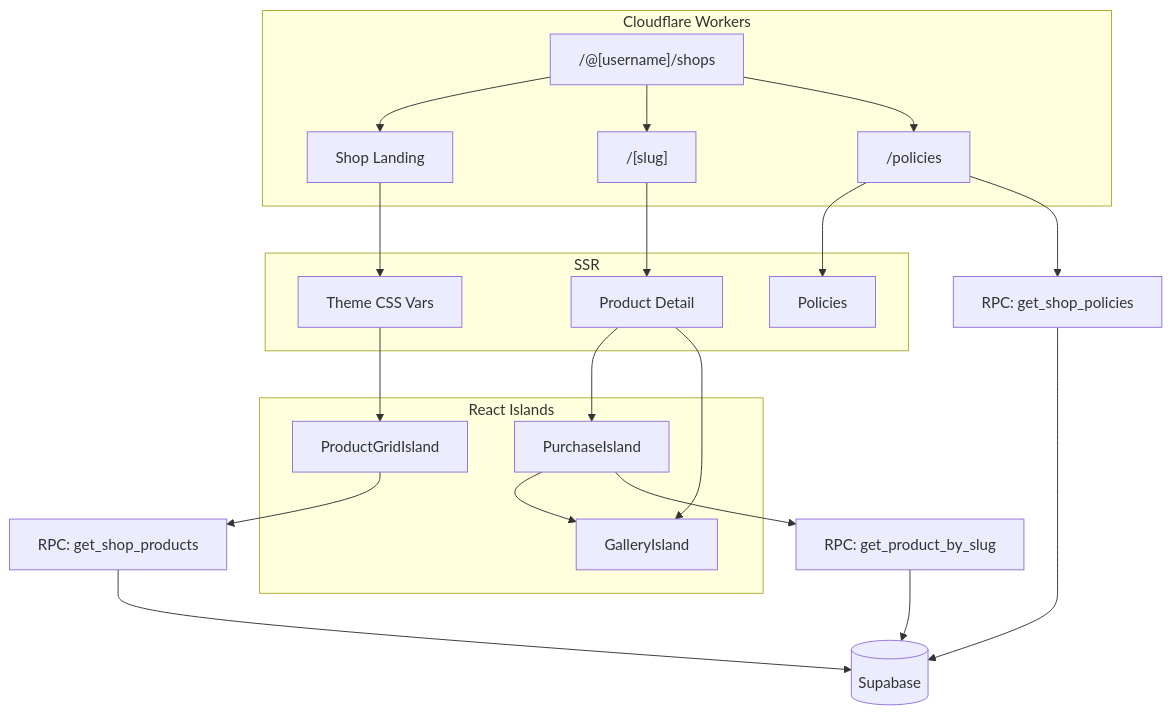
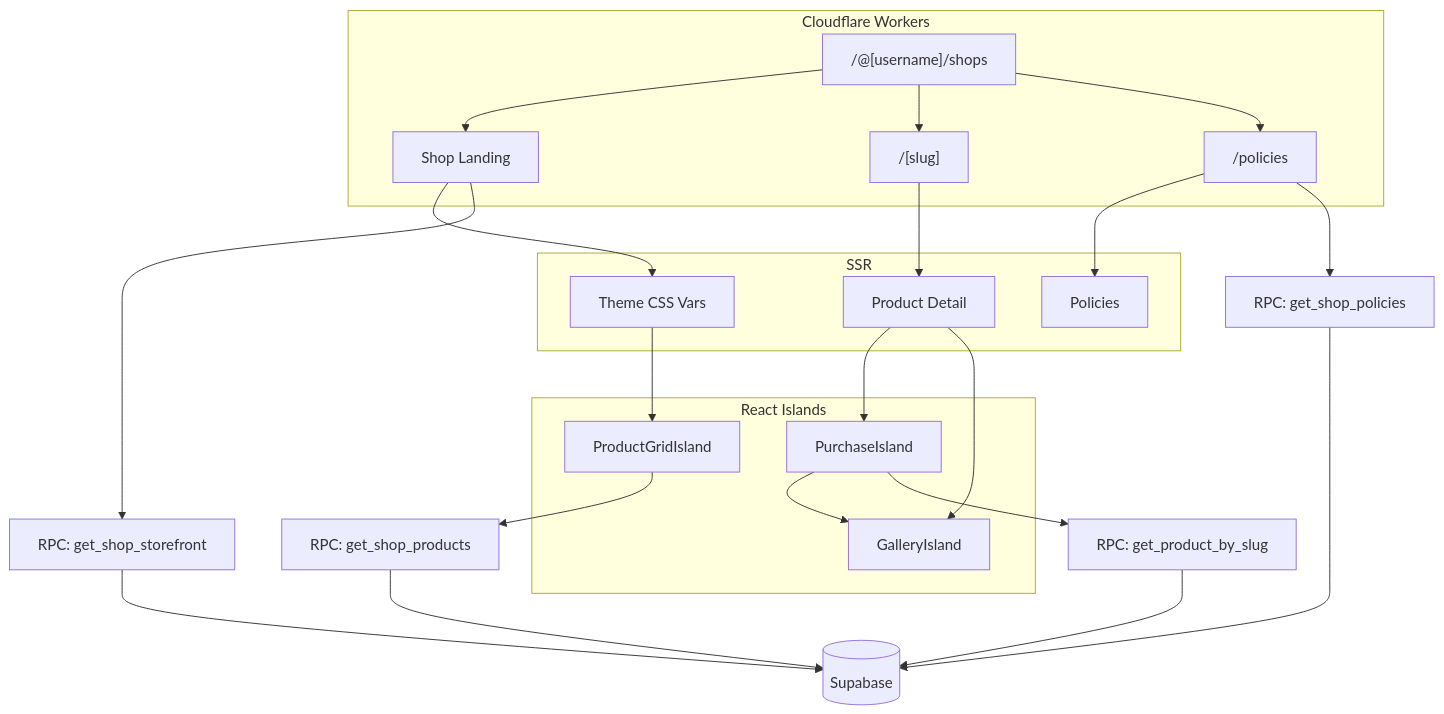
The diagram in docs/shop-service/frontend/public-pages.md (hobenakicoffee/libraries), drawn with Mermaid before and after one commit. The commit also changed other lines of this file and 10 other files, not shown here.

First line of the commit message:
feat: add flash sales, storefront RPC, and public storefront guide

````diff
--- a/docs/shop-service/frontend/public-pages.md
+++ b/docs/shop-service/frontend/public-pages.md
@@ -3,32 +13,34 @@
 ```mermaid
 graph TB
     subgraph "Cloudflare Workers"
         A["/@[username]/shops"] --> B[Shop Landing]
         A --> C["/[slug]"]
         A --> D["/policies"]
     end
     
     subgraph SSR
         B --> E[Theme CSS Vars]
         C --> F[Product Detail]
         D --> G[Policies]
     end
     
     subgraph "React Islands"
         H[ProductGridIsland] 
         I[PurchaseIsland]
         I --> J[GalleryIsland]
     end
     
     E --> H
     F --> I
     F --> J
     
     H --> K[RPC: get_shop_products]
+    B --> P[RPC: get_shop_storefront]
+    P --> N
     I --> L[RPC: get_product_by_slug]
     D --> M[RPC: get_shop_policies]
     
     K --> N[(Supabase)]
     L --> N
     M --> N
 ```
````
